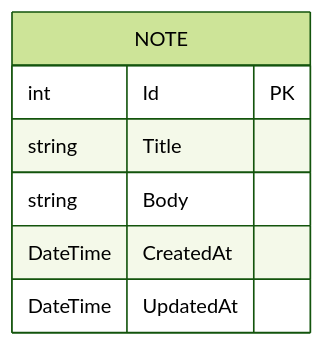
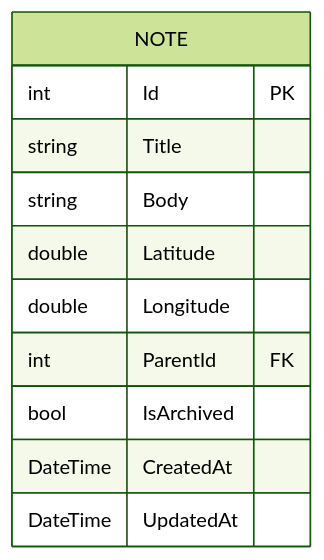
One commit to akashDelta-N/sdd-example-app changed the diagram in docs/data-model.md. Above: the diagram before and after it, drawn with Mermaid (forest theme). The commit also changed other lines of this file and 44 other files, not shown here.

````diff
--- a/docs/data-model.md
+++ b/docs/data-model.md
@@ -13,10 +17,14 @@
 ```mermaid
 erDiagram
     NOTE {
         int Id PK
         string Title
         string Body
+        double Latitude
+        double Longitude
+        int ParentId FK
+        bool IsArchived
         DateTime CreatedAt
         DateTime UpdatedAt
     }
 ```
````
